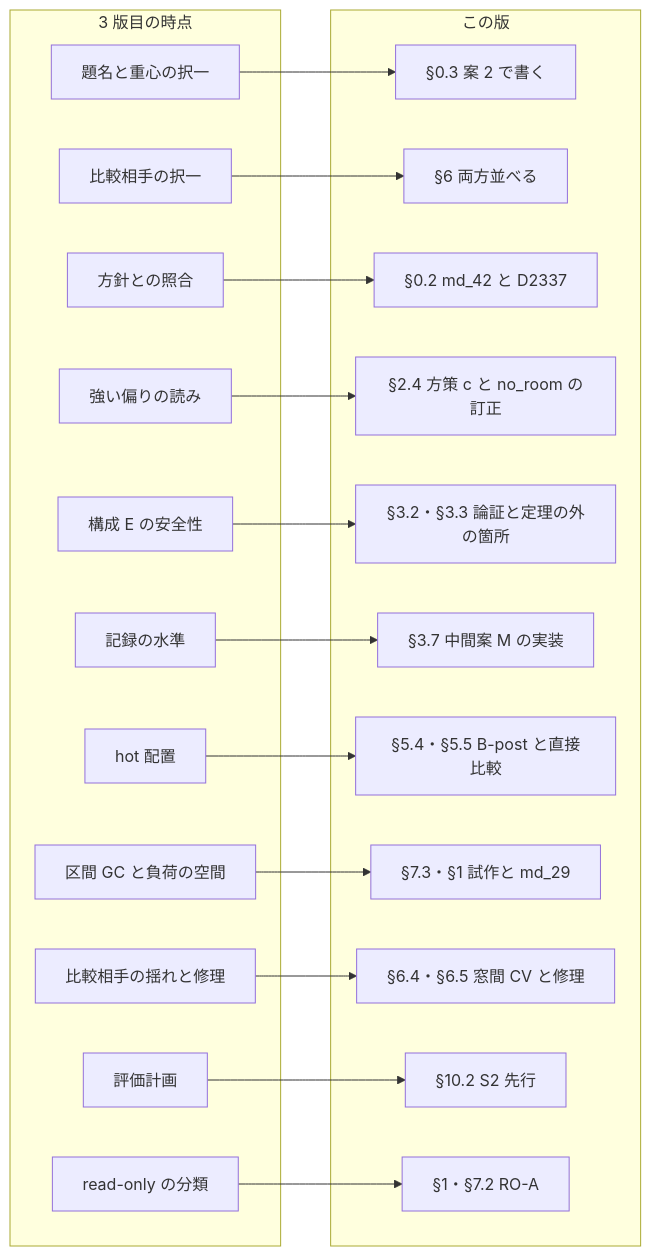
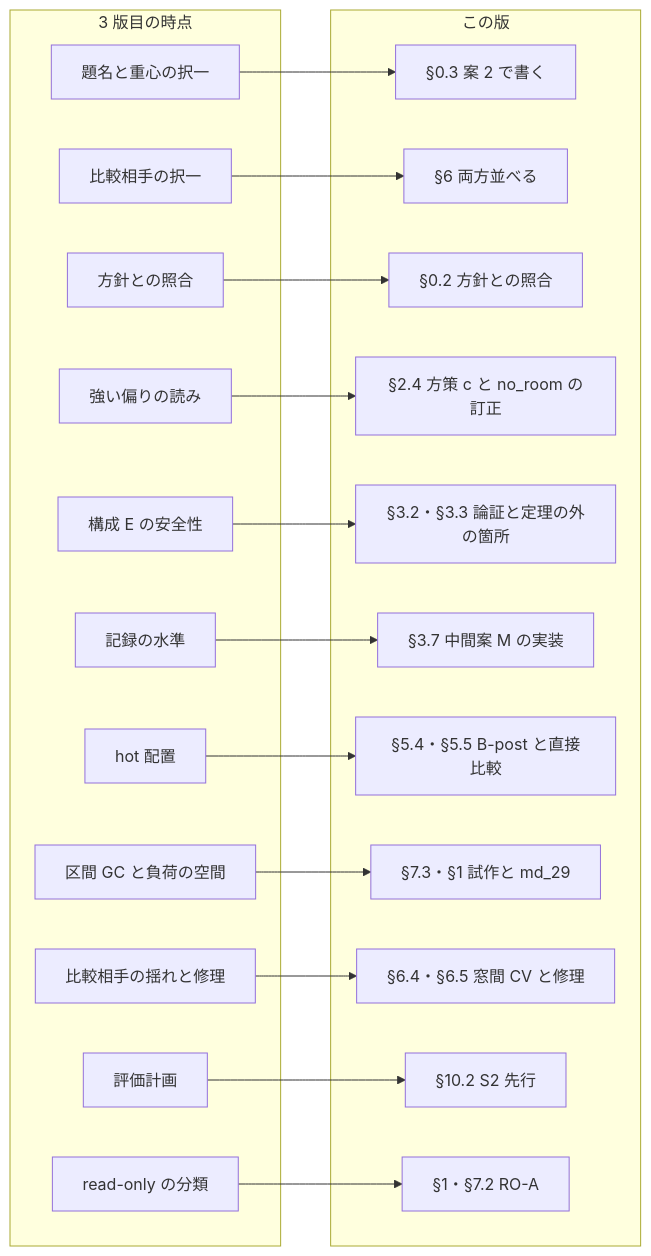
Before and after one commit to thawk105/izanagi: diagram 39 of 41 in docs/paper-story-vhash/2026-10-01.md, drawn with Mermaid. The commit also changed other lines of this file and 4 other files, not shown here.

````diff
--- a/docs/paper-story-vhash/2026-10-01.md
+++ b/docs/paper-story-vhash/2026-10-01.md
@@ -1679,40 +1640,40 @@
 ```mermaid
 flowchart LR
   subgraph before["3 版目の時点"]
     b1["題名と重心の択一"]
     b2["比較相手の択一"]
     b3["方針との照合"]
     b4["強い偏りの読み"]
     b5["構成 E の安全性"]
     b6["記録の水準"]
     b7["hot 配置"]
     b8["区間 GC と負荷の空間"]
     b9["比較相手の揺れと修理"]
     b10["評価計画"]
     b11["read-only の分類"]
   end
   subgraph after["この版"]
     a1["§0.3 案 2 で書く"]
     a2["§6 両方並べる"]
-    a3["§0.2 md_42 と D2337"]
+    a3["§0.2 方針との照合"]
     a4["§2.4 方策 c と no_room の訂正"]
     a5["§3.2・§3.3 論証と定理の外の箇所"]
     a6["§3.7 中間案 M の実装"]
     a7["§5.4・§5.5 B-post と直接比較"]
     a8["§7.3・§1 試作と md_29"]
     a9["§6.4・§6.5 窓間 CV と修理"]
     a10["§10.2 S2 先行"]
     a11["§1・§7.2 RO-A"]
   end
   b1 --> a1
   b2 --> a2
   b3 --> a3
   b4 --> a4
   b5 --> a5
   b6 --> a6
   b7 --> a7
   b8 --> a8
   b9 --> a9
   b10 --> a10
   b11 --> a11
 ```
````
